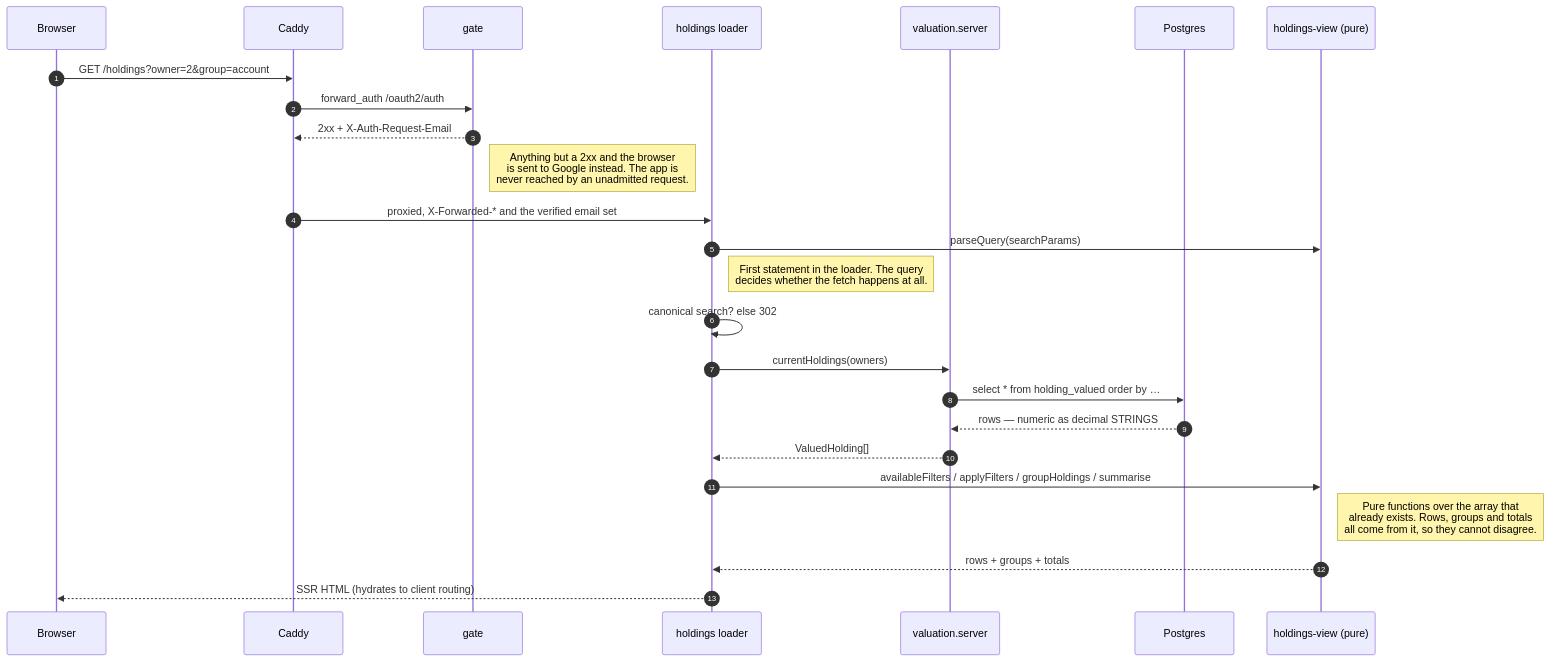
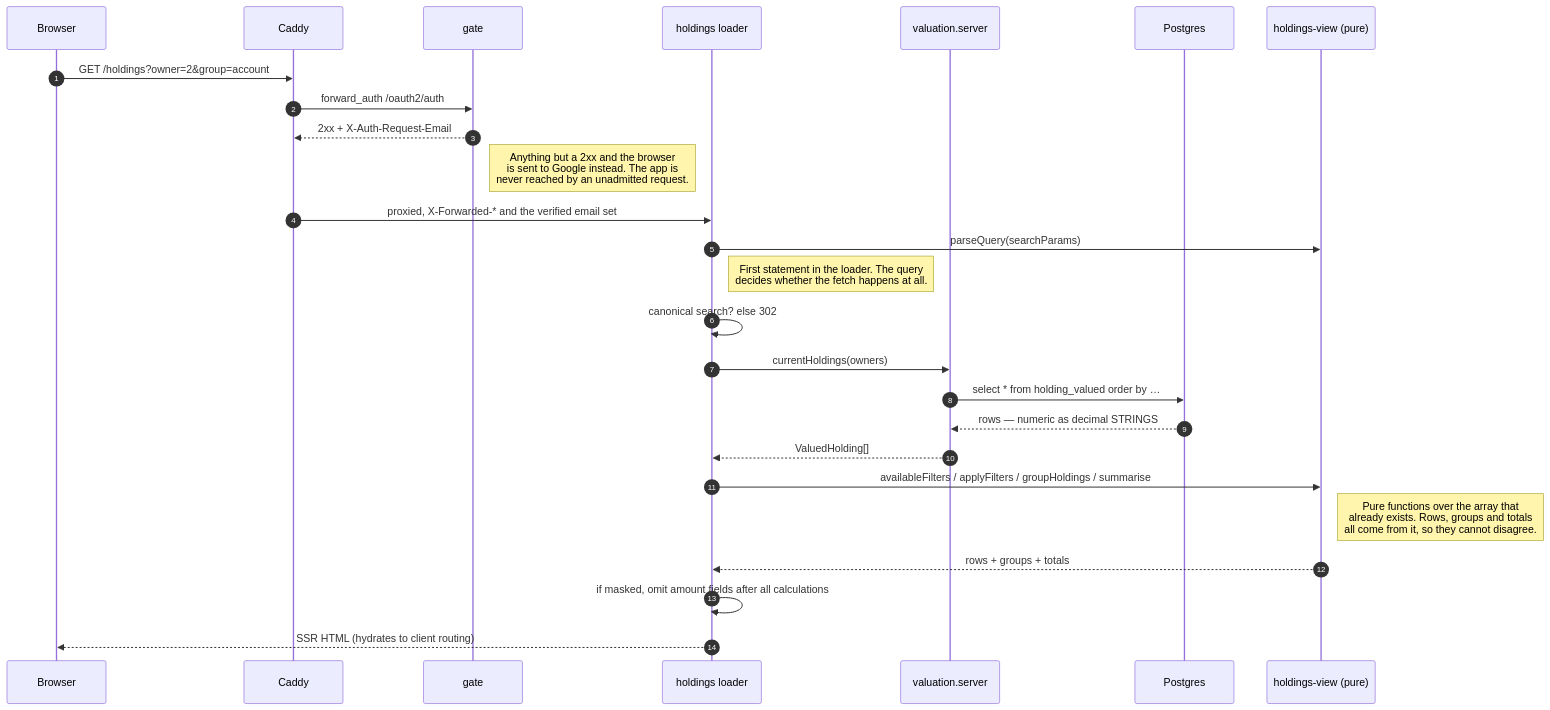
One commit to chethan123/portfolio changed the fourth of 11 diagrams in ARCHITECTURE.md. Above: the diagram before and after it, drawn with Mermaid. The commit also changed other lines of this file and 40 other files, not shown here.

````diff
--- a/ARCHITECTURE.md
+++ b/ARCHITECTURE.md
@@ -465,28 +466,29 @@
 ```mermaid
 sequenceDiagram
     autonumber
     participant B as Browser
     participant C as Caddy
     participant G as gate
     participant L as holdings loader
     participant V as valuation.server
     participant PG as Postgres
     participant H as holdings-view (pure)
 
     B->>C: GET /holdings?owner=2&group=account
     C->>G: forward_auth /oauth2/auth
     G-->>C: 2xx + X-Auth-Request-Email
     Note right of G: Anything but a 2xx and the browser<br/>is sent to Google instead. The app is<br/>never reached by an unadmitted request.
     C->>L: proxied, X-Forwarded-* and the verified email set
     L->>H: parseQuery(searchParams)
     Note right of L: First statement in the loader. The query<br/>decides whether the fetch happens at all.
     L->>L: canonical search? else 302
     L->>V: currentHoldings(owners)
     V->>PG: select * from holding_valued order by …
     PG-->>V: rows — numeric as decimal STRINGS
     V-->>L: ValuedHolding[]
     L->>H: availableFilters / applyFilters / groupHoldings / summarise
     Note right of H: Pure functions over the array that<br/>already exists. Rows, groups and totals<br/>all come from it, so they cannot disagree.
     H-->>L: rows + groups + totals
+    L->>L: if masked, omit amount fields after all calculations
     L-->>B: SSR HTML (hydrates to client routing)
 ```
````
